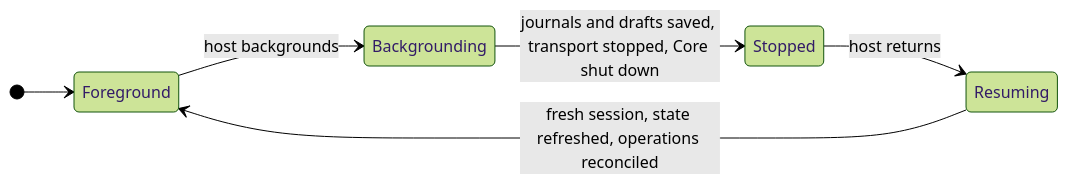
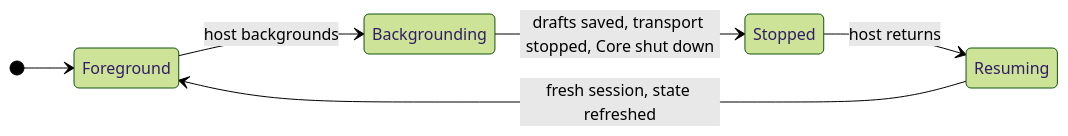
One commit to EVY-Platform/evy-freenet-plans changed the diagram in 1-freenet-mobile-appkit/01-feasibility.md. Above: the diagram before and after it, drawn with Mermaid (forest theme). The commit also changed other lines of this file and 37 other files, not shown here.

````diff
--- a/1-freenet-mobile-appkit/01-feasibility.md
+++ b/1-freenet-mobile-appkit/01-feasibility.md
@@ -95,9 +91,9 @@
 ```mermaid
 stateDiagram-v2
   direction LR
   [*] --> Foreground
   Foreground --> Backgrounding: host backgrounds
-  Backgrounding --> Stopped: journals and drafts saved, transport stopped, Core shut down
+  Backgrounding --> Stopped: drafts saved, transport stopped, Core shut down
   Stopped --> Resuming: host returns
-  Resuming --> Foreground: fresh session, state refreshed, operations reconciled
+  Resuming --> Foreground: fresh session, state refreshed
 ```
````
